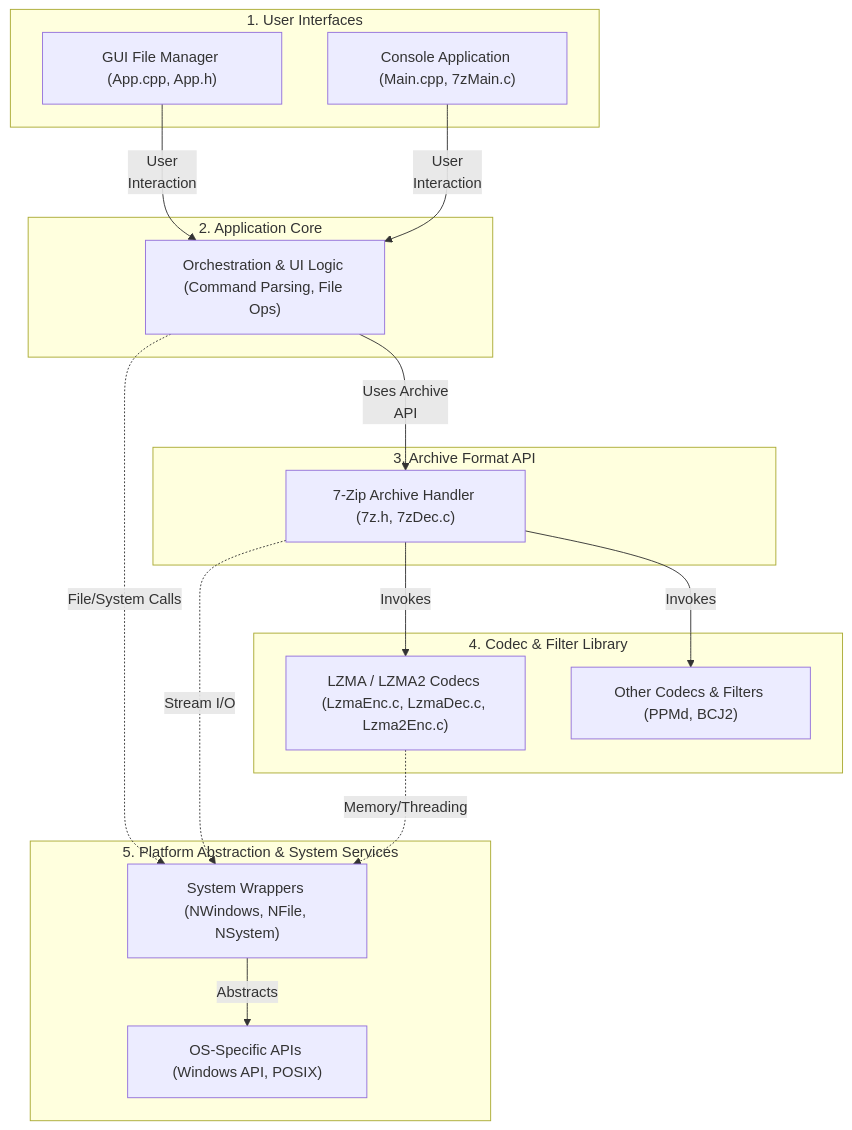
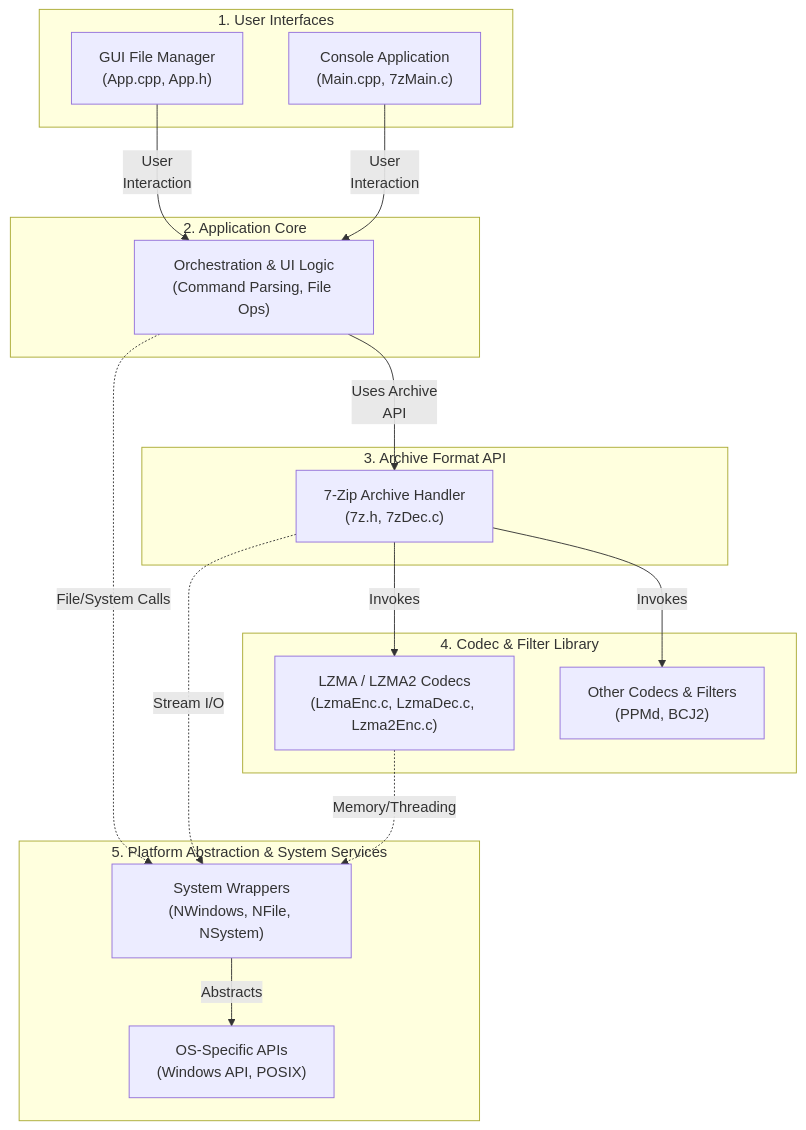
One commit to selvatuple/7zip changed the diagram in revibe-analysis/architecture-overview.md. Above: the diagram before and after it, drawn with Mermaid. The commit also changed 2 other files, not shown here.

Commit message:
Add Revibe analysis documentation
Generated by Revibe (https://app.revibe.codes)
Includes architecture, business logic, concepts, and flow documentation.

````diff
--- a/revibe-analysis/architecture-overview.md
+++ b/revibe-analysis/architecture-overview.md
@@ -9,46 +9,50 @@
 ```mermaid
 flowchart TD
 
 subgraph "1. User Interfaces"
- A["GUI File Manager (App.cpp, App.h)"]
- B["Console Application (Main.cpp, 7zMain.c)"]
+        A["GUI File Manager<br>(App.cpp, App.h)"]
+        B["Console Application<br>(Main.cpp, 7zMain.c)"]
 
 end
 
+
 subgraph "2. Application Core"
- C["Orchestration & UI Logic (Command Parsing, File Ops)"]
+        C["Orchestration & UI Logic<br>(Command Parsing, File Ops)"]
 
 end
 
+
 subgraph "3. Archive Format API"
- D["7-Zip Archive Handler (7z.h, 7zDec.c)"]
+        D["7-Zip Archive Handler<br>(7z.h, 7zDec.c)"]
 
 end
 
+
 subgraph "4. Codec & Filter Library"
- E["LZMA / LZMA2 Codecs (LzmaEnc.c, LzmaDec.c, Lzma2Enc.c)"]
- F["Other Codecs & Filters (PPMd, BCJ2)"]
+        E["LZMA / LZMA2 Codecs<br>(LzmaEnc.c, LzmaDec.c, Lzma2Enc.c)"]
+        F["Other Codecs & Filters<br>(PPMd, BCJ2)"]
 
 end
 
+
 subgraph "5. Platform Abstraction & System Services"
- G["System Wrappers (NWindows, NFile, NSystem)"]
- H["OS-Specific APIs (Windows API, POSIX)"]
+        G["System Wrappers<br>(NWindows, NFile, NSystem)"]
+        H["OS-Specific APIs<br>(Windows API, POSIX)"]
 
 end
 A -- User
-Interaction --> C
+Interaction   -->   C
 B -- User
-Interaction --> C
+Interaction   -->   C
 C -- Uses Archive
-API --> D
+API   -->   D
 D --
-Invokes --> E
+Invokes   -->   E
 D --
-Invokes --> F
+Invokes   -->   F
 C -. File/System Calls .-> G
 D -. Stream I/O .-> G
 E -. Memory/Threading .-> G
 G --
-Abstracts --> H
+Abstracts   -->   H
 ```
````
